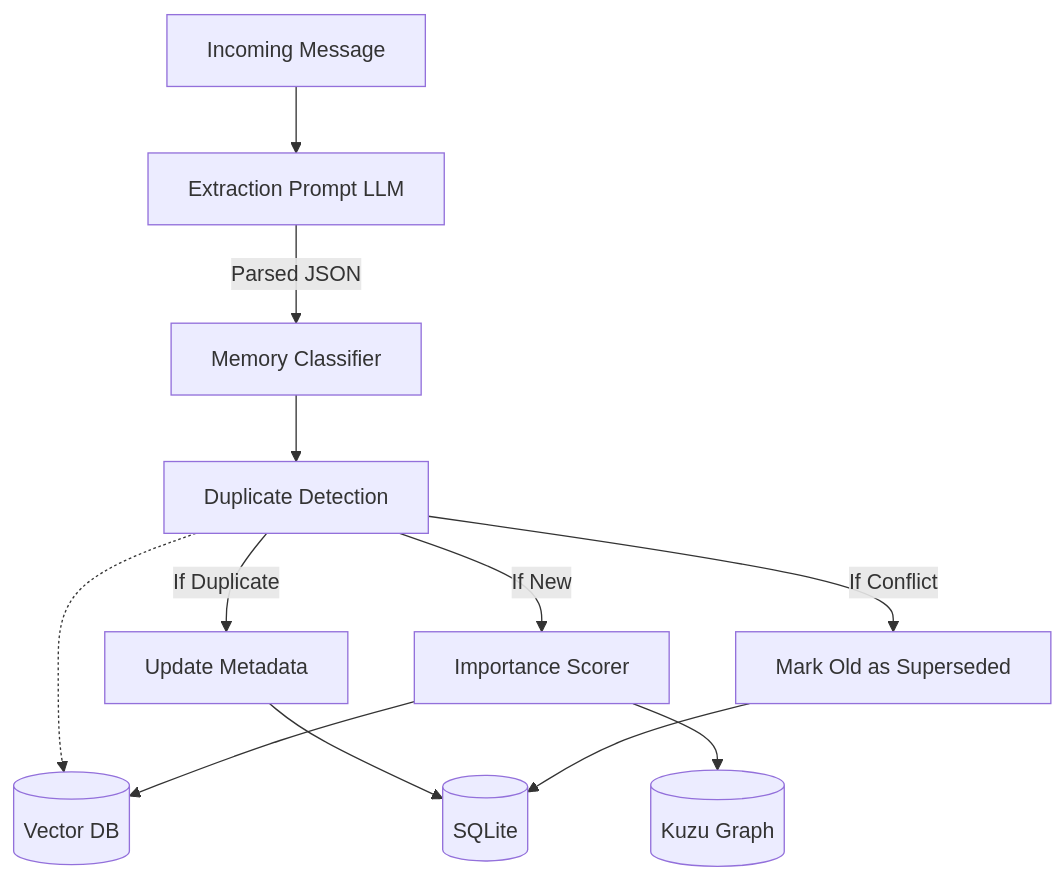
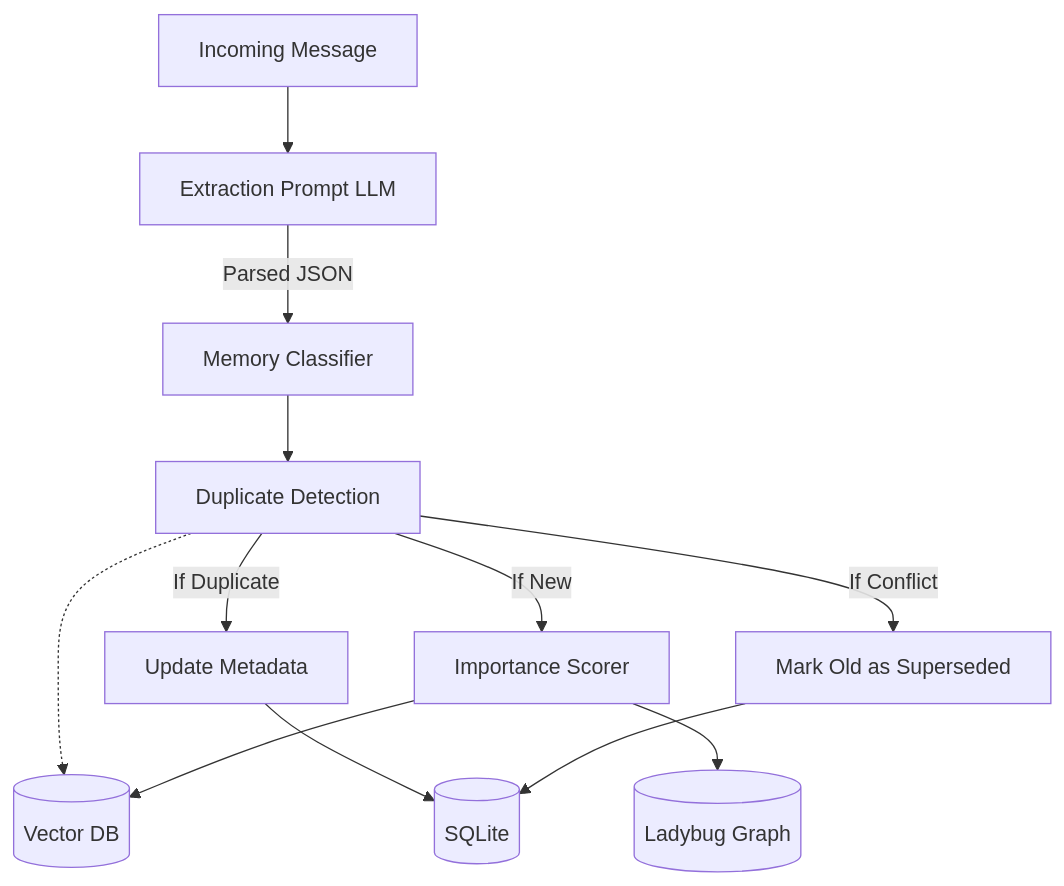
The third of 3 diagrams in docs/06_DFD.md (algorithnicmind/memor-ai), drawn with Mermaid before and after one commit. The commit also changed other lines of this file and 2 other files, not shown here.

Commit message:
docs: replace Kuzu/kuzu with Ladybug/ladybug in repo markdown
The embedded graph store dep is `ladybug>=0.19.1` (per backend/pyproject.toml),
not Kuzu. Sweep:

- README.md (root): tagline + install command + arch overview
- backend/README.md: 4 mentions across overview / features / stack / layout
- docs/06_DFD.md: 2 mermaid graph node labels

Pure rename; no other doc changes in this commit.

````diff
--- a/docs/06_DFD.md
+++ b/docs/06_DFD.md
@@ -60,17 +60,17 @@
 ```mermaid
 graph TD
     API[Incoming Message] --> ExtractLLM[Extraction Prompt LLM]
     ExtractLLM -->|Parsed JSON| Classifier[Memory Classifier]
     
     Classifier --> DupeCheck[Duplicate Detection]
     DupeCheck -.-> VDB[(Vector DB)]
     
     DupeCheck -- If Duplicate --> UpdateMemory[Update Metadata]
     DupeCheck -- If Conflict --> MarkSuperseded[Mark Old as Superseded]
     DupeCheck -- If New --> Scorer[Importance Scorer]
     
     UpdateMemory --> SQL[(SQLite)]
     MarkSuperseded --> SQL
     Scorer --> VDB
-    Scorer --> Graph[(Kuzu Graph)]
+    Scorer --> Graph[(Ladybug Graph)]
 ```
````
